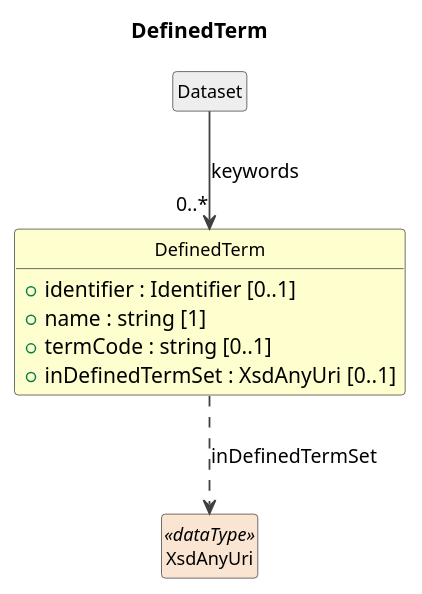
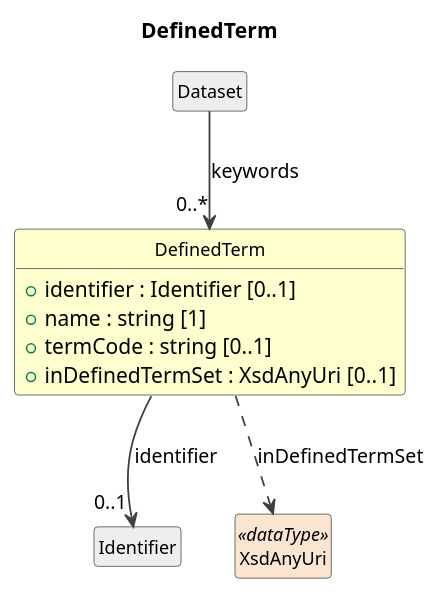
The diagram in cdif-uml-model/CDIFCore/Classes/DefinedTerm.pu (Cross-Domain-Interoperability-Framework/metadataBuildingBlocks), drawn with PlantUML before and after one commit. The commit also changed 619 other files, not shown here.

```diff
--- a/cdif-uml-model/CDIFCore/Classes/DefinedTerm.pu
+++ b/cdif-uml-model/CDIFCore/Classes/DefinedTerm.pu
@@ -1,24 +1,26 @@
 @startuml
 title DefinedTerm
 hide circle
 hide empty members
 skinparam shadowing false
 skinparam ArrowThickness 1.2
 skinparam class {
   ArrowColor #404040
   BorderColor #404040
   FontSize 12
 }
 
 class "DefinedTerm" as DefinedTerm #FEFECE {
   +identifier : Identifier [0..1]
   +name : string [1]
   +termCode : string [0..1]
   +inDefinedTermSet : XsdAnyUri [0..1]
 }
 class "Dataset" as Dataset #EEEEEE
 Dataset --> "0..*" DefinedTerm : keywords
+class "Identifier" as Identifier #EEEEEE
+DefinedTerm --> "0..1" Identifier : identifier
 class "XsdAnyUri" as XsdAnyUri <<dataType>> #FAE5D3
 DefinedTerm ..> XsdAnyUri : inDefinedTermSet
 
 @enduml
```
